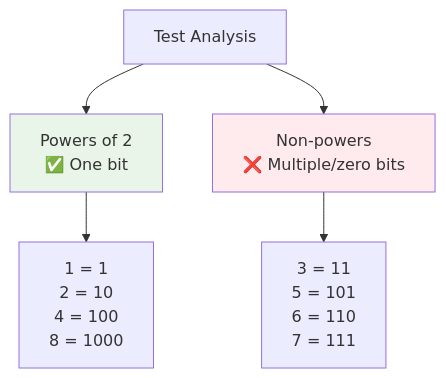
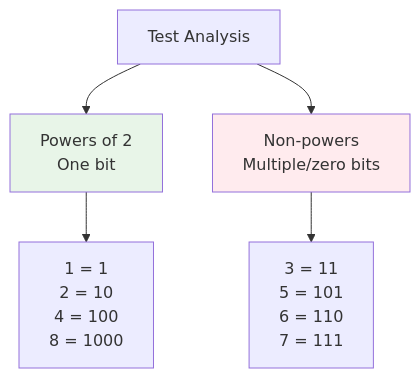
One commit to LuckyLongre123/DSA_CPP changed diagram 24 of 29 in Day_011/README.md. Above: the diagram before and after it, drawn with Mermaid. The commit also changed other lines of this file, not shown here.

````diff
--- a/Day_011/README.md
+++ b/Day_011/README.md
@@ -761,11 +761,11 @@
 ```mermaid
 flowchart TD
-    A["Test Analysis"] --> B["Powers of 2<br/>✅ One bit"]
-    A --> C["Non-powers<br/>❌ Multiple/zero bits"]
+    A["Test Analysis"] --> B["Powers of 2<br/>One bit"]
+    A --> C["Non-powers<br/>Multiple/zero bits"]
     
     B --> D["1 = 1<br/>2 = 10<br/>4 = 100<br/>8 = 1000"]
     C --> E["3 = 11<br/>5 = 101<br/>6 = 110<br/>7 = 111"]
     
     style B fill:#e8f5e8
     style C fill:#ffebee
 ```
````
